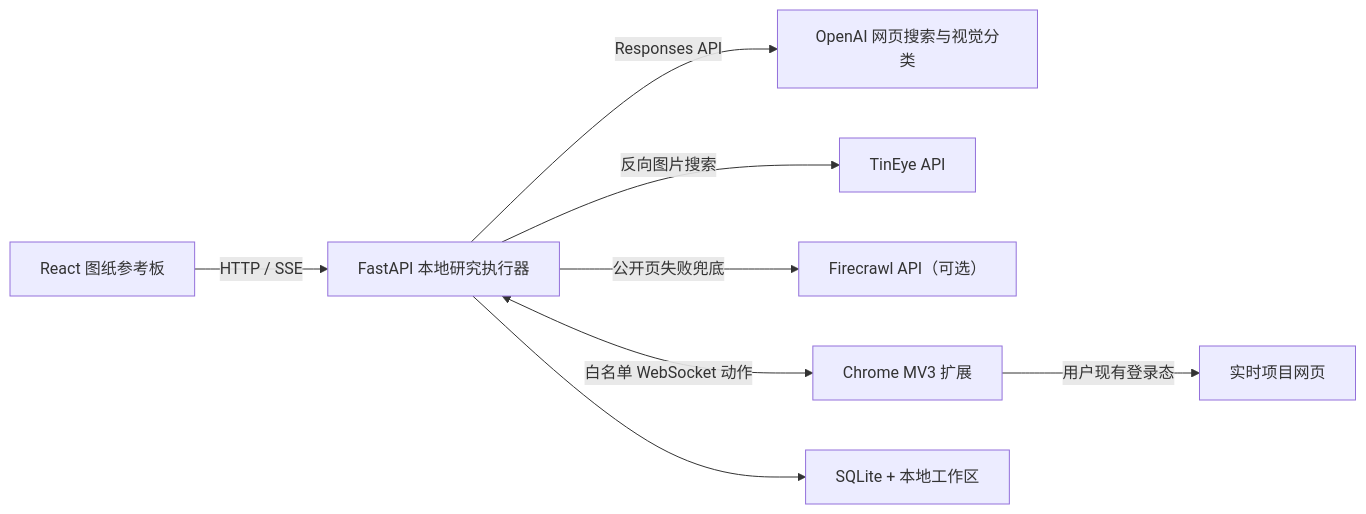
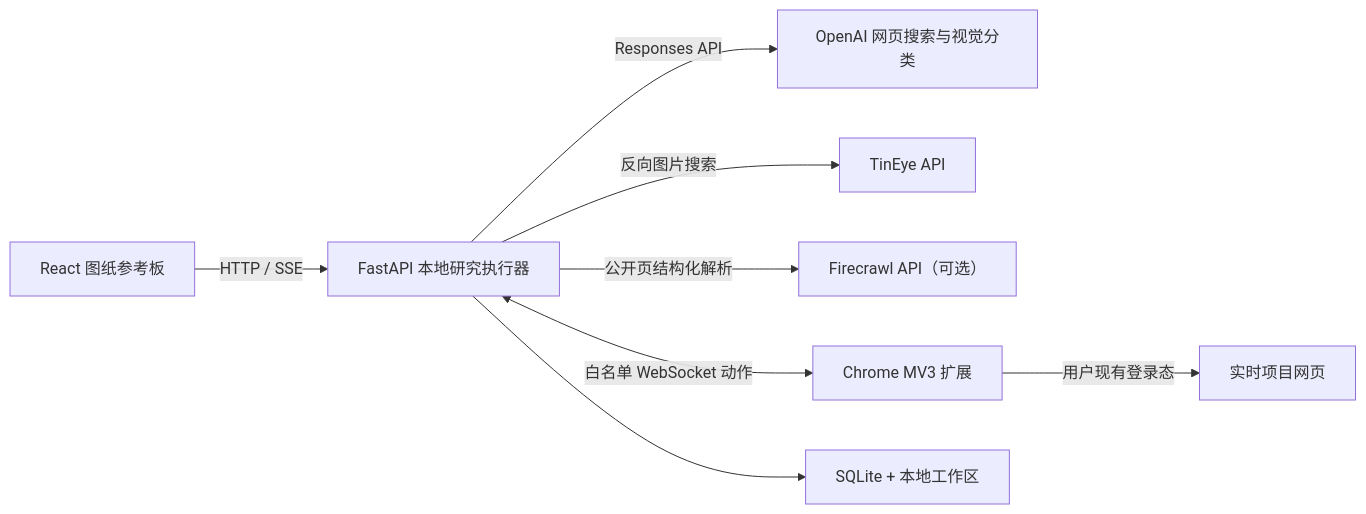
Before and after one commit to jileyu2000/archresearch: the diagram in README.md, drawn with Mermaid. The commit also changed other lines of this file and 9 other files, not shown here.

````diff
--- a/README.md
+++ b/README.md
@@ -9,10 +9,10 @@
 ```mermaid
 flowchart LR
     B["React 图纸参考板"] -->|HTTP / SSE| A["FastAPI 本地研究执行器"]
     A -->|Responses API| O["OpenAI 网页搜索与视觉分类"]
     A -->|反向图片搜索| T["TinEye API"]
-    A -->|公开页失败兜底| F["Firecrawl API（可选）"]
+    A -->|公开页结构化解析| F["Firecrawl API（可选）"]
     A <-->|白名单 WebSocket 动作| E["Chrome MV3 扩展"]
     E -->|用户现有登录态| W["实时项目网页"]
     A --> S["SQLite + 本地工作区"]
 ```
````
